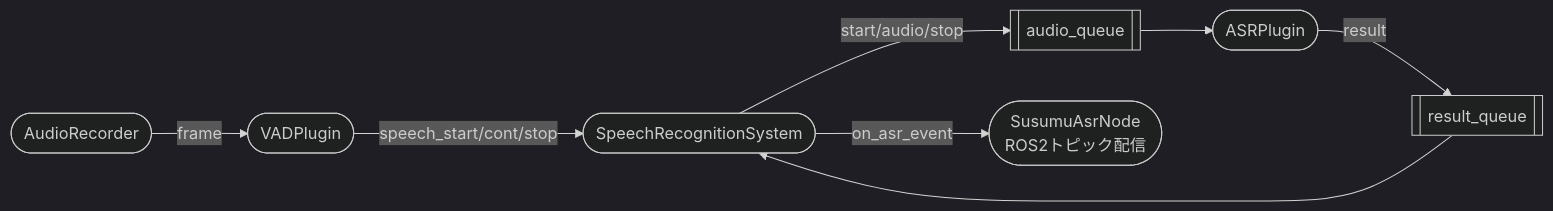
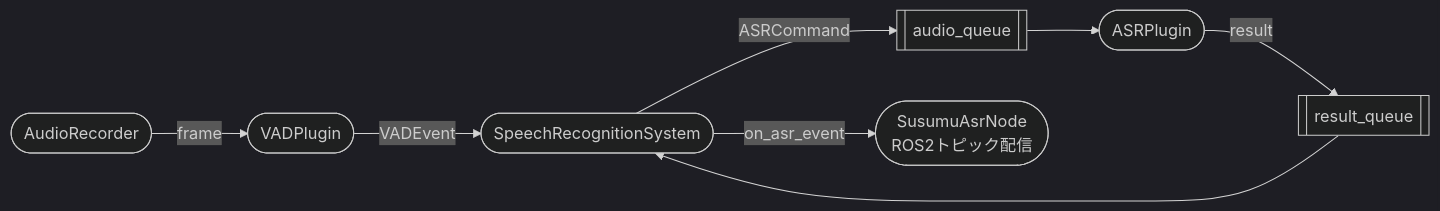
One commit to sato-susumu/susumu_asr_ros changed the first of 3 diagrams in susumu_asr_ros/README_modules.md. Above: the diagram before and after it, drawn with Mermaid (dark theme). The commit also changed other lines of this file and 10 other files, not shown here.

````diff
--- a/susumu_asr_ros/README_modules.md
+++ b/susumu_asr_ros/README_modules.md
@@ -35,18 +35,18 @@
 ```mermaid
 flowchart LR
     AR([AudioRecorder])
     VAD([VADPlugin])
     AQ[[audio_queue]]
     ASR([ASRPlugin])
     RQ[[result_queue]]
     SRS([SpeechRecognitionSystem])
     NODE([SusumuAsrNode\nROS2トピック配信])
 
     AR -->|frame| VAD
-    VAD -->|speech_start/cont/stop| SRS
-    SRS -->|start/audio/stop| AQ
+    VAD -->|VADEvent| SRS
+    SRS -->|ASRCommand| AQ
     AQ --> ASR
     ASR -->|result| RQ
     RQ --> SRS
     SRS -->|on_asr_event| NODE
 ```
````
